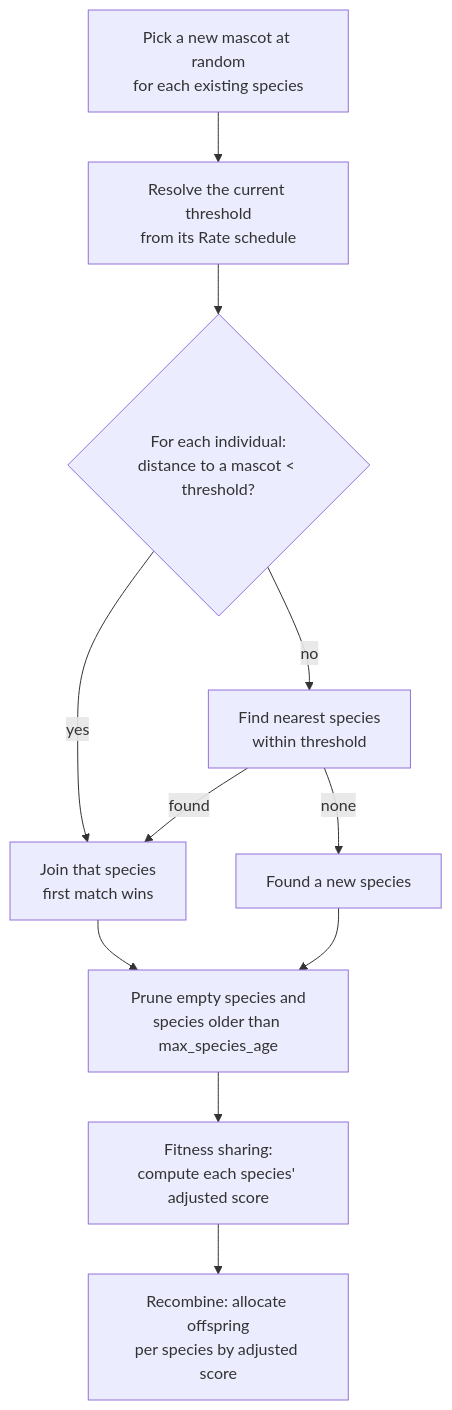
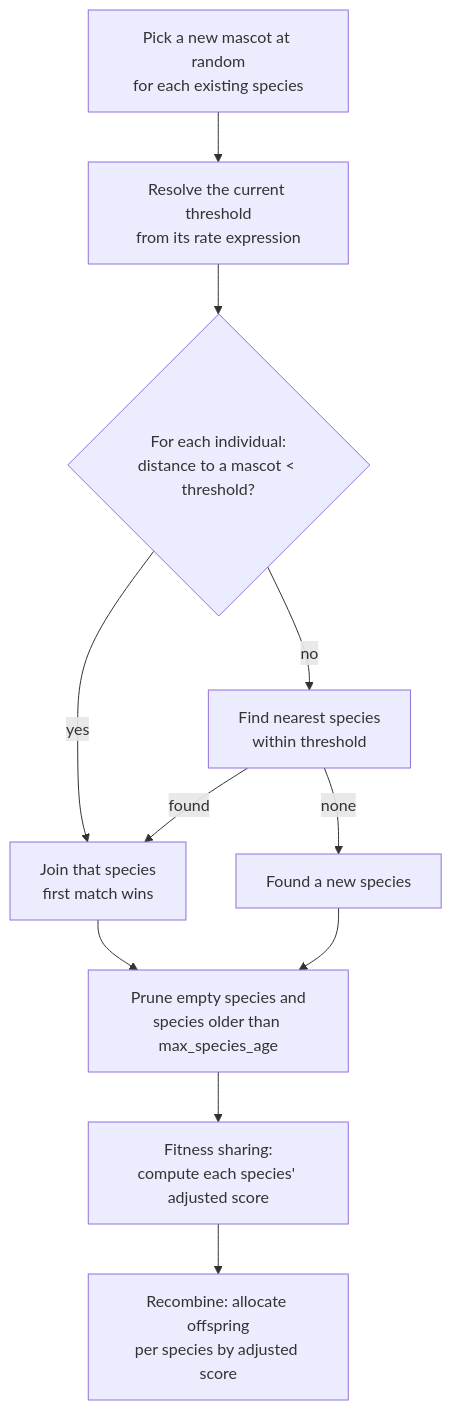
One commit to pkalivas/radiate changed the diagram in docs/source/diversity/species.md. Above: the diagram before and after it, drawn with Mermaid. The commit also changed other lines of this file and 8 other files, not shown here.

````diff
--- a/docs/source/diversity/species.md
+++ b/docs/source/diversity/species.md
@@ -34,13 +34,13 @@
 ```mermaid
 flowchart TD
-    A[Pick a new mascot at random<br/>for each existing species] --> B[Resolve the current threshold<br/>from its Rate schedule]
+    A[Pick a new mascot at random<br/>for each existing species] --> B[Resolve the current threshold<br/>from its rate expression]
     B --> C{For each individual:<br/>distance to a mascot &lt; threshold?}
     C -->|yes| D[Join that species<br/>first match wins]
     C -->|no| E[Find nearest species<br/>within threshold]
     E -->|found| D
     E -->|none| F[Found a new species]
     D --> G[Prune empty species and<br/>species older than max_species_age]
     F --> G
     G --> H[Fitness sharing:<br/>compute each species' adjusted score]
     H --> I[Recombine: allocate offspring<br/>per species by adjusted score]
 ```
````
